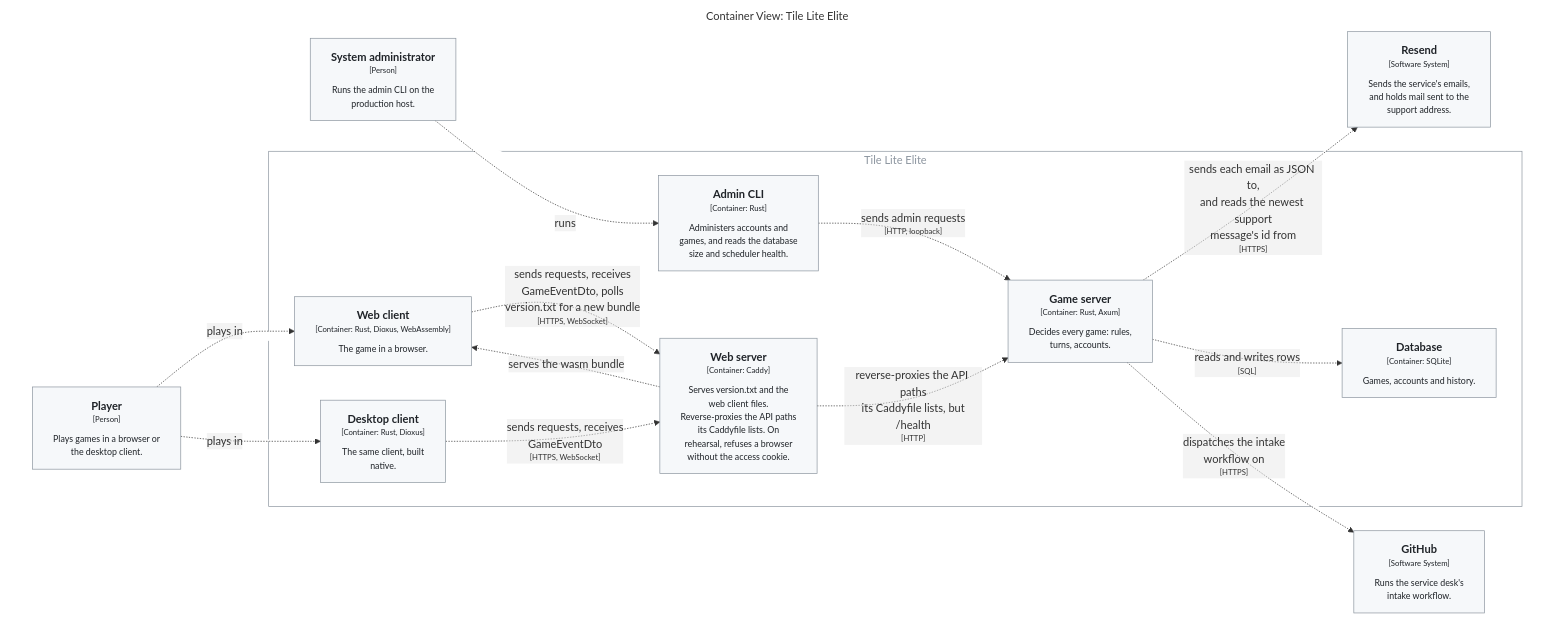
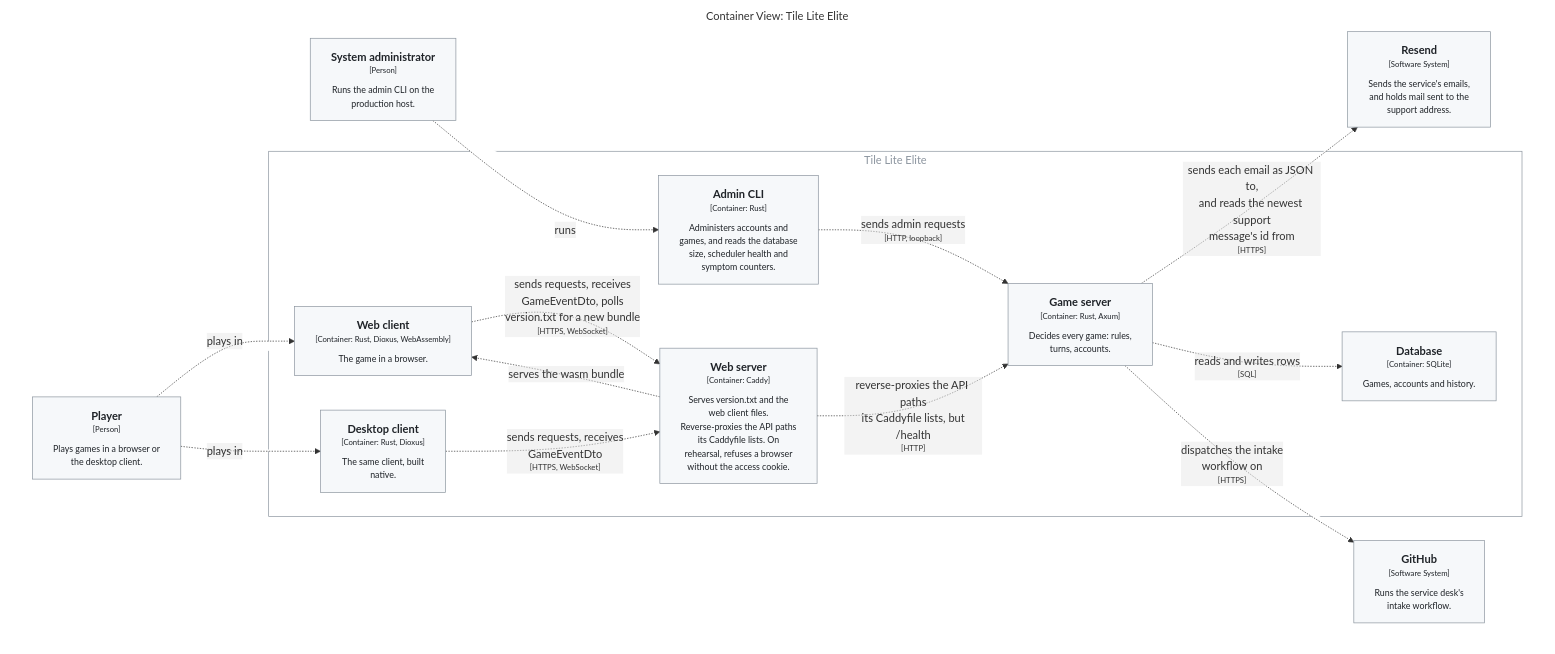
Before and after one commit to delphside/tile-lite-elite: the first of 5 diagrams in docs/4.2.0-design-map.md, drawn with Mermaid. The commit also changed other lines of this file and 19 other files, not shown here.

First line of the commit message:
app 0.10.3 api 2.18: symptom counters on a loopback /admin/metrics

````diff
--- a/docs/4.2.0-design-map.md
+++ b/docs/4.2.0-design-map.md
@@ -15,47 +15,47 @@
 ```mermaid
 graph TB
   linkStyle default fill:#ffffff
 
   subgraph diagram ["Container View: Tile Lite Elite"]
     style diagram fill:#ffffff,stroke:#ffffff
 
     1["<div style='font-weight: bold'>Player</div><div style='font-size: 70%; margin-top: 0px'>[Person]</div><div style='font-size: 80%; margin-top:10px'>Plays games in a browser or<br />the desktop client.</div>"]
     style 1 fill:#f6f8fa,stroke:#8c959f,color:#1f2328
     2["<div style='font-weight: bold'>System administrator</div><div style='font-size: 70%; margin-top: 0px'>[Person]</div><div style='font-size: 80%; margin-top:10px'>Runs the admin CLI on the<br />production host.</div>"]
     style 2 fill:#f6f8fa,stroke:#8c959f,color:#1f2328
     3["<div style='font-weight: bold'>Resend</div><div style='font-size: 70%; margin-top: 0px'>[Software System]</div><div style='font-size: 80%; margin-top:10px'>Sends the service's emails,<br />and holds mail sent to the<br />support address.</div>"]
     style 3 fill:#f6f8fa,stroke:#8c959f,color:#1f2328
     4["<div style='font-weight: bold'>GitHub</div><div style='font-size: 70%; margin-top: 0px'>[Software System]</div><div style='font-size: 80%; margin-top:10px'>Runs the service desk's<br />intake workflow.</div>"]
     style 4 fill:#f6f8fa,stroke:#8c959f,color:#1f2328
 
     subgraph 5 ["Tile Lite Elite"]
       style 5 fill:#ffffff,stroke:#8c959f,color:#8c959f
 
       10["<div style='font-weight: bold'>Game server</div><div style='font-size: 70%; margin-top: 0px'>[Container: Rust, Axum]</div><div style='font-size: 80%; margin-top:10px'>Decides every game: rules,<br />turns, accounts.</div>"]
       style 10 fill:#f6f8fa,stroke:#8c959f,color:#1f2328
-      29["<div style='font-weight: bold'>Database</div><div style='font-size: 70%; margin-top: 0px'>[Container: SQLite]</div><div style='font-size: 80%; margin-top:10px'>Games, accounts and history.</div>"]
-      style 29 fill:#f6f8fa,stroke:#8c959f,color:#1f2328
+      30["<div style='font-weight: bold'>Database</div><div style='font-size: 70%; margin-top: 0px'>[Container: SQLite]</div><div style='font-size: 80%; margin-top:10px'>Games, accounts and history.</div>"]
+      style 30 fill:#f6f8fa,stroke:#8c959f,color:#1f2328
       6["<div style='font-weight: bold'>Web client</div><div style='font-size: 70%; margin-top: 0px'>[Container: Rust, Dioxus, WebAssembly]</div><div style='font-size: 80%; margin-top:10px'>The game in a browser.</div>"]
       style 6 fill:#f6f8fa,stroke:#8c959f,color:#1f2328
       7["<div style='font-weight: bold'>Desktop client</div><div style='font-size: 70%; margin-top: 0px'>[Container: Rust, Dioxus]</div><div style='font-size: 80%; margin-top:10px'>The same client, built<br />native.</div>"]
       style 7 fill:#f6f8fa,stroke:#8c959f,color:#1f2328
       8["<div style='font-weight: bold'>Web server</div><div style='font-size: 70%; margin-top: 0px'>[Container: Caddy]</div><div style='font-size: 80%; margin-top:10px'>Serves version.txt and the<br />web client files.<br />Reverse-proxies the API paths<br />its Caddyfile lists. On<br />rehearsal, refuses a browser<br />without the access cookie.</div>"]
       style 8 fill:#f6f8fa,stroke:#8c959f,color:#1f2328
-      9["<div style='font-weight: bold'>Admin CLI</div><div style='font-size: 70%; margin-top: 0px'>[Container: Rust]</div><div style='font-size: 80%; margin-top:10px'>Administers accounts and<br />games, and reads the database<br />size and scheduler health.</div>"]
+      9["<div style='font-weight: bold'>Admin CLI</div><div style='font-size: 70%; margin-top: 0px'>[Container: Rust]</div><div style='font-size: 80%; margin-top:10px'>Administers accounts and<br />games, and reads the database<br />size, scheduler health and<br />symptom counters.</div>"]
       style 9 fill:#f6f8fa,stroke:#8c959f,color:#1f2328
     end
 
     1-. "<div>plays in</div><div style='font-size: 70%'></div>" .->6
     1-. "<div>plays in</div><div style='font-size: 70%'></div>" .->7
     2-. "<div>runs</div><div style='font-size: 70%'></div>" .->9
     8-. "<div>serves the wasm bundle</div><div style='font-size: 70%'></div>" .->6
     6-. "<div>sends requests, receives<br />GameEventDto, polls<br />version.txt for a new bundle</div><div style='font-size: 70%'>[HTTPS, WebSocket]</div>" .->8
     7-. "<div>sends requests, receives<br />GameEventDto</div><div style='font-size: 70%'>[HTTPS, WebSocket]</div>" .->8
     8-. "<div>reverse-proxies the API paths<br />its Caddyfile lists, but<br />/health</div><div style='font-size: 70%'>[HTTP]</div>" .->10
     9-. "<div>sends admin requests</div><div style='font-size: 70%'>[HTTP, loopback]</div>" .->10
     10-. "<div>sends each email as JSON to,<br />and reads the newest support<br />message's id from</div><div style='font-size: 70%'>[HTTPS]</div>" .->3
-    10-. "<div>reads and writes rows</div><div style='font-size: 70%'>[SQL]</div>" .->29
+    10-. "<div>reads and writes rows</div><div style='font-size: 70%'>[SQL]</div>" .->30
     10-. "<div>dispatches the intake<br />workflow on</div><div style='font-size: 70%'>[HTTPS]</div>" .->4
 
   end
 ```
````
